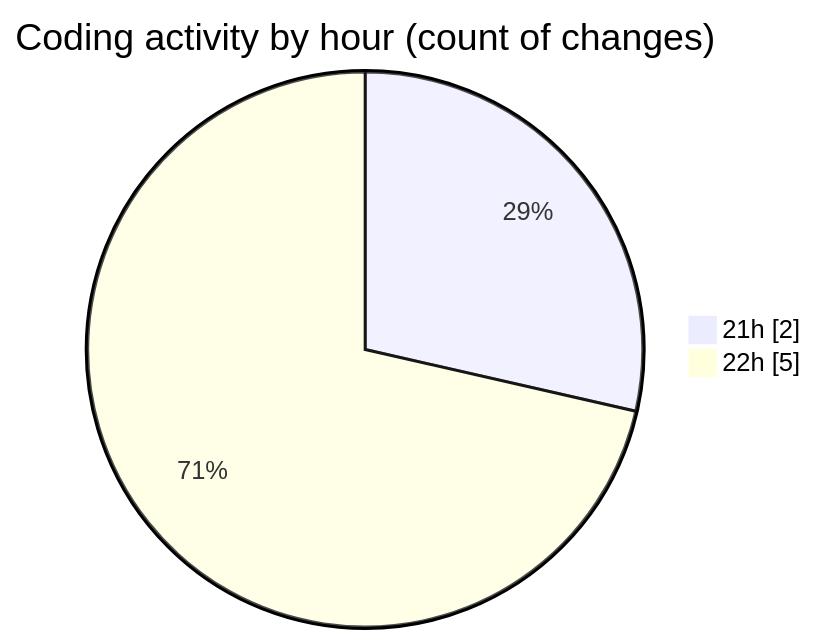
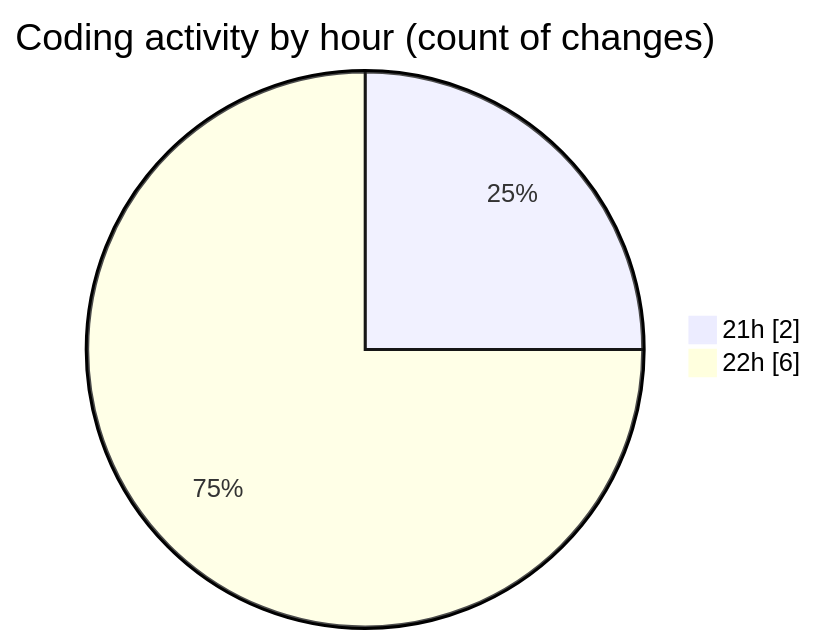
Before and after one commit to Elitesun/code-tracking: the second of 2 diagrams in 2025-02-20/projet/README.md, drawn with Mermaid. The commit also changed other lines of this file and 1 other file, not shown here.

````diff
--- a/2025-02-20/projet/README.md
+++ b/2025-02-20/projet/README.md
@@ -29,6 +30,6 @@
 ```mermaid
 pie showData
 title Coding activity by hour (count of changes)
 "21h" : 2
-"22h" : 5
+"22h" : 6
 ```
````
